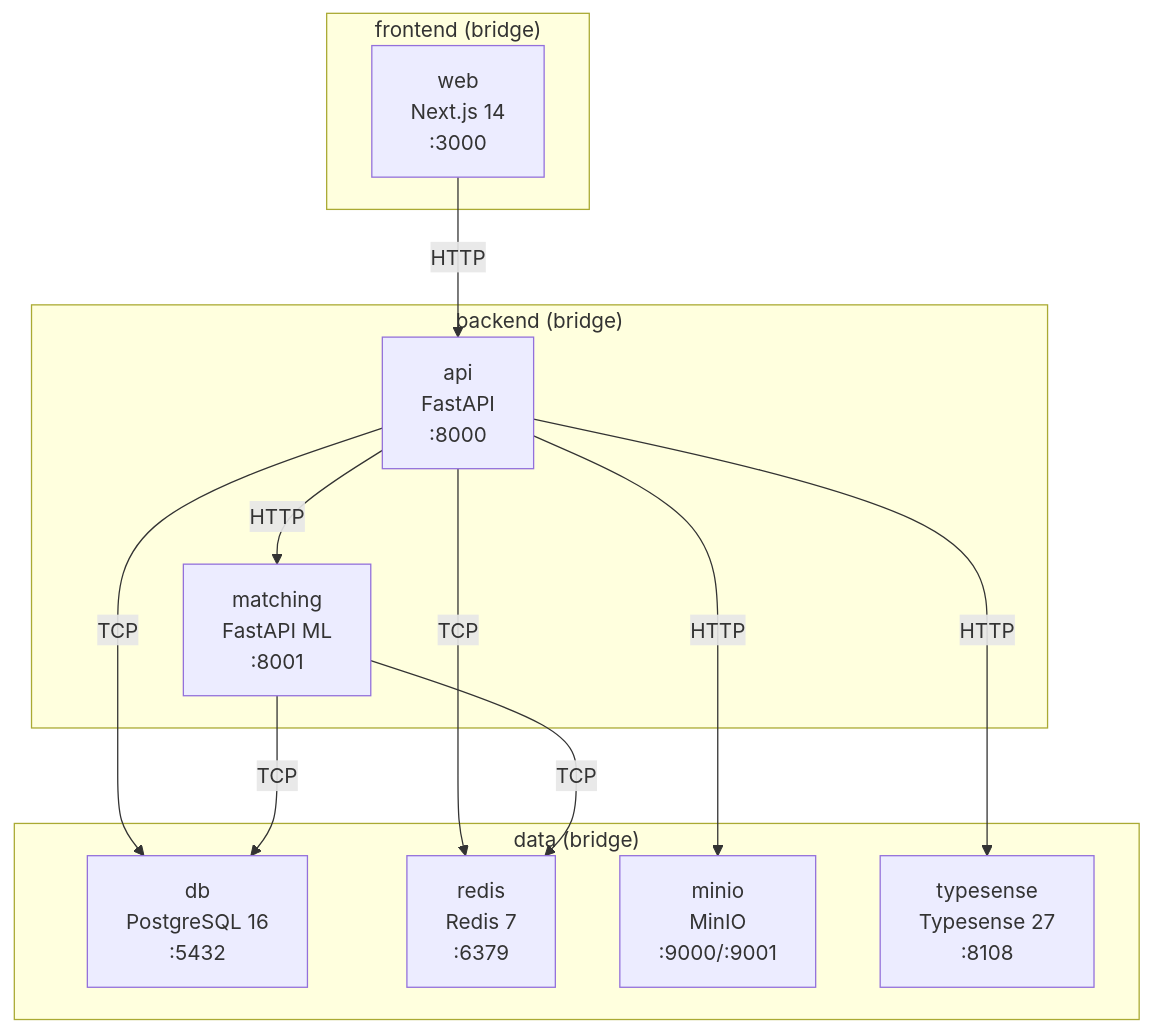
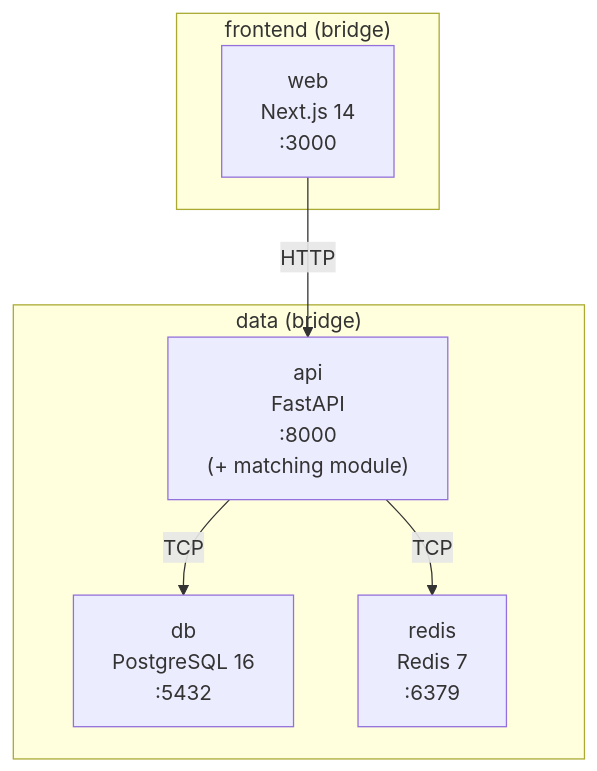
One commit to Christian-SoAssis/Projeto_ProgWeb changed the first of 2 diagrams in openspec/changes/service-marketplace-platform/specs/docker-topology/spec.md. Above: the diagram before and after it, drawn with Mermaid. The commit also changed other lines of this file and 8 other files, not shown here.

````diff
--- a/openspec/changes/service-marketplace-platform/specs/docker-topology/spec.md
+++ b/openspec/changes/service-marketplace-platform/specs/docker-topology/spec.md
@@ -9,27 +9,16 @@
 ```mermaid
 graph TB
     subgraph frontend_net["frontend (bridge)"]
         WEB["web<br/>Next.js 14<br/>:3000"]
     end
 
-    subgraph backend_net["backend (bridge)"]
-        API["api<br/>FastAPI<br/>:8000"]
-        MATCHING["matching<br/>FastAPI ML<br/>:8001"]
-    end
-
     subgraph data_net["data (bridge)"]
+        API["api<br/>FastAPI<br/>:8000<br/>(+ matching module)"]
         DB["db<br/>PostgreSQL 16<br/>:5432"]
         REDIS["redis<br/>Redis 7<br/>:6379"]
-        MINIO["minio<br/>MinIO<br/>:9000/:9001"]
-        TYPESENSE["typesense<br/>Typesense 27<br/>:8108"]
     end
 
     WEB -->|HTTP| API
-    API -->|HTTP| MATCHING
     API -->|TCP| DB
     API -->|TCP| REDIS
-    API -->|HTTP| MINIO
-    API -->|HTTP| TYPESENSE
-    MATCHING -->|TCP| DB
-    MATCHING -->|TCP| REDIS
 ```
````
